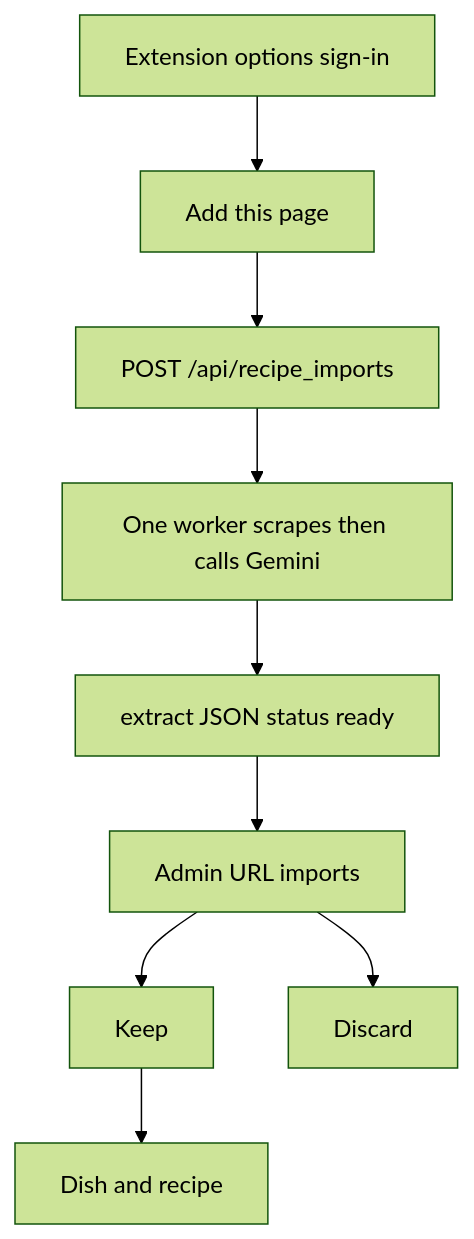
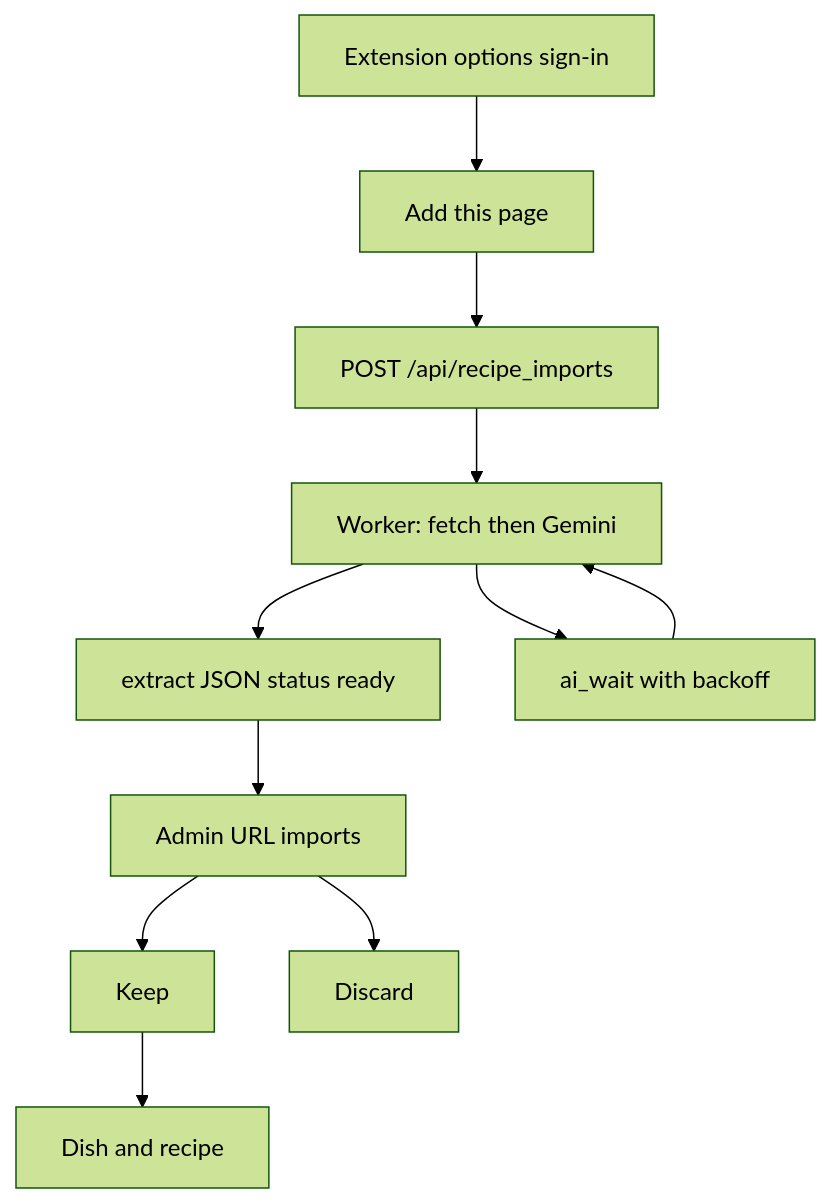
The diagram in docs/features/recipe-import.md (MathieuLaureti/cooking_website), drawn with Mermaid (forest theme) before and after one commit. The commit also changed other lines of this file and 19 other files, not shown here.

````diff
--- a/docs/features/recipe-import.md
+++ b/docs/features/recipe-import.md
@@ -11,11 +11,13 @@
 ```mermaid
 flowchart TD
   options[Extension options sign-in] --> button[Add this page]
   button --> post[POST /api/recipe_imports]
-  post --> worker[One worker scrapes then calls Gemini]
+  post --> worker[Worker: fetch then Gemini]
   worker --> ready[extract JSON status ready]
+  worker --> aiwait[ai_wait with backoff]
+  aiwait --> worker
   ready --> screen[Admin URL imports]
   screen --> keep[Keep]
   screen --> discard[Discard]
   keep --> catalog[Dish and recipe]
 ```
````
